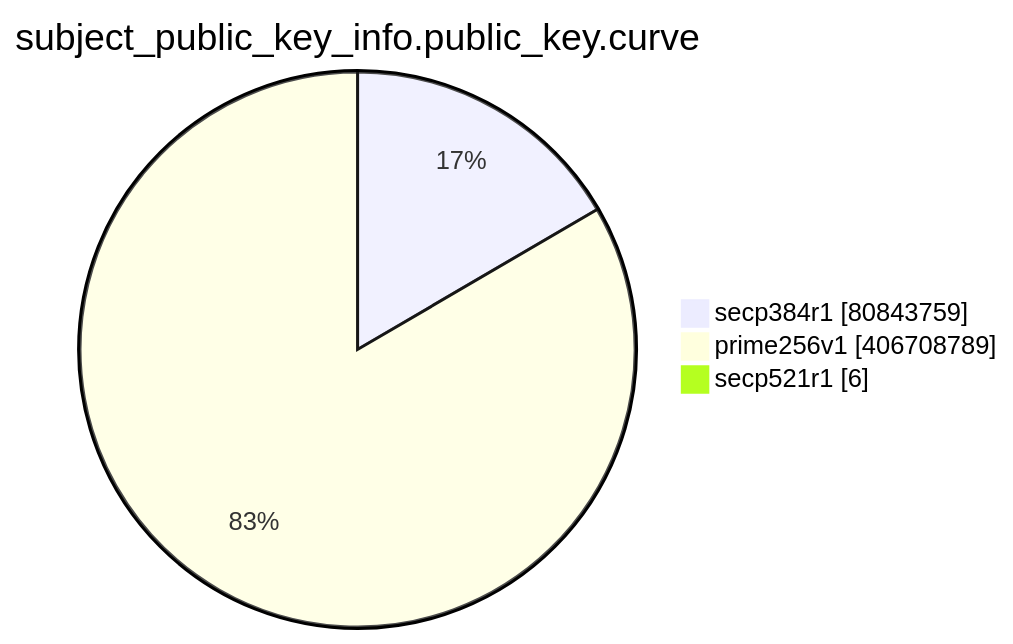
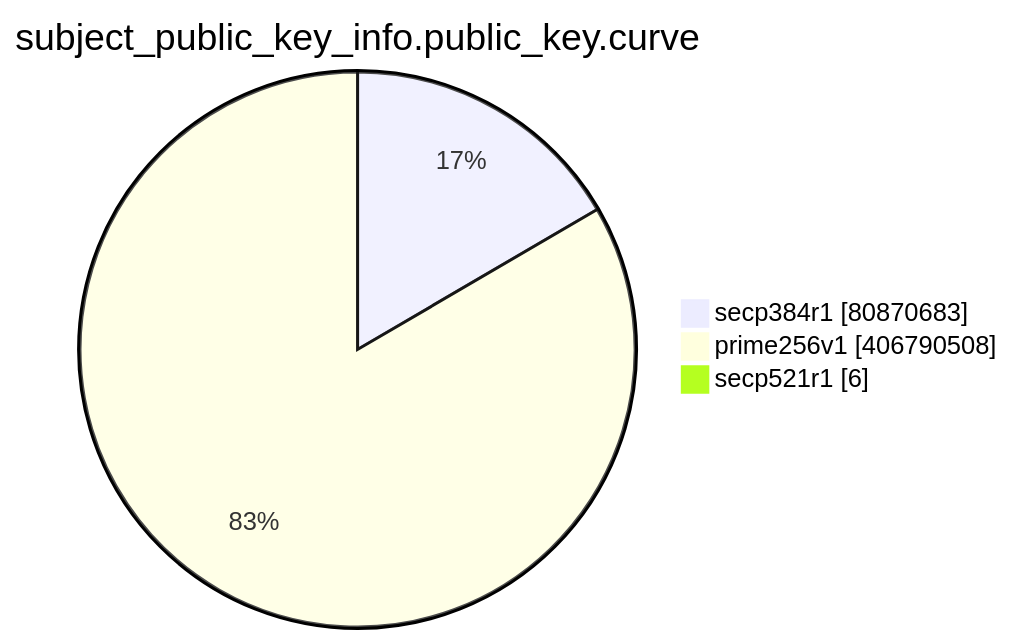
Before and after one commit to christiankrug/ctmonitor_visualization: the eighth of 15 diagrams in TOTAL/README.md, drawn with Mermaid. The commit also changed other lines of this file, not shown here.

````diff
--- a/TOTAL/README.md
+++ b/TOTAL/README.md
@@ -3096,7 +3096,7 @@
 ```mermaid
 pie showData
 title subject_public_key_info.public_key.curve
-"secp384r1" :80843759
-"prime256v1" :406708789
+"secp384r1" :80870683
+"prime256v1" :406790508
 "secp521r1" :6
 ```
````
